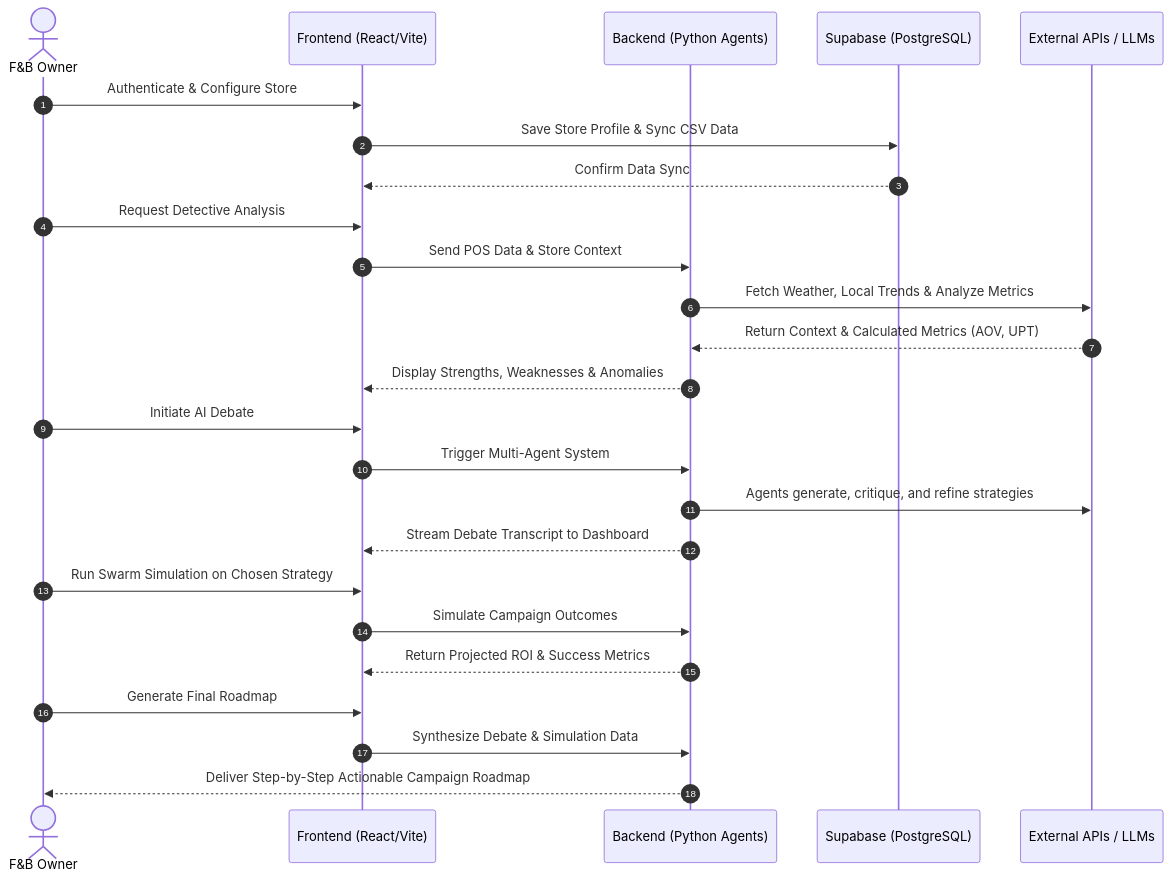
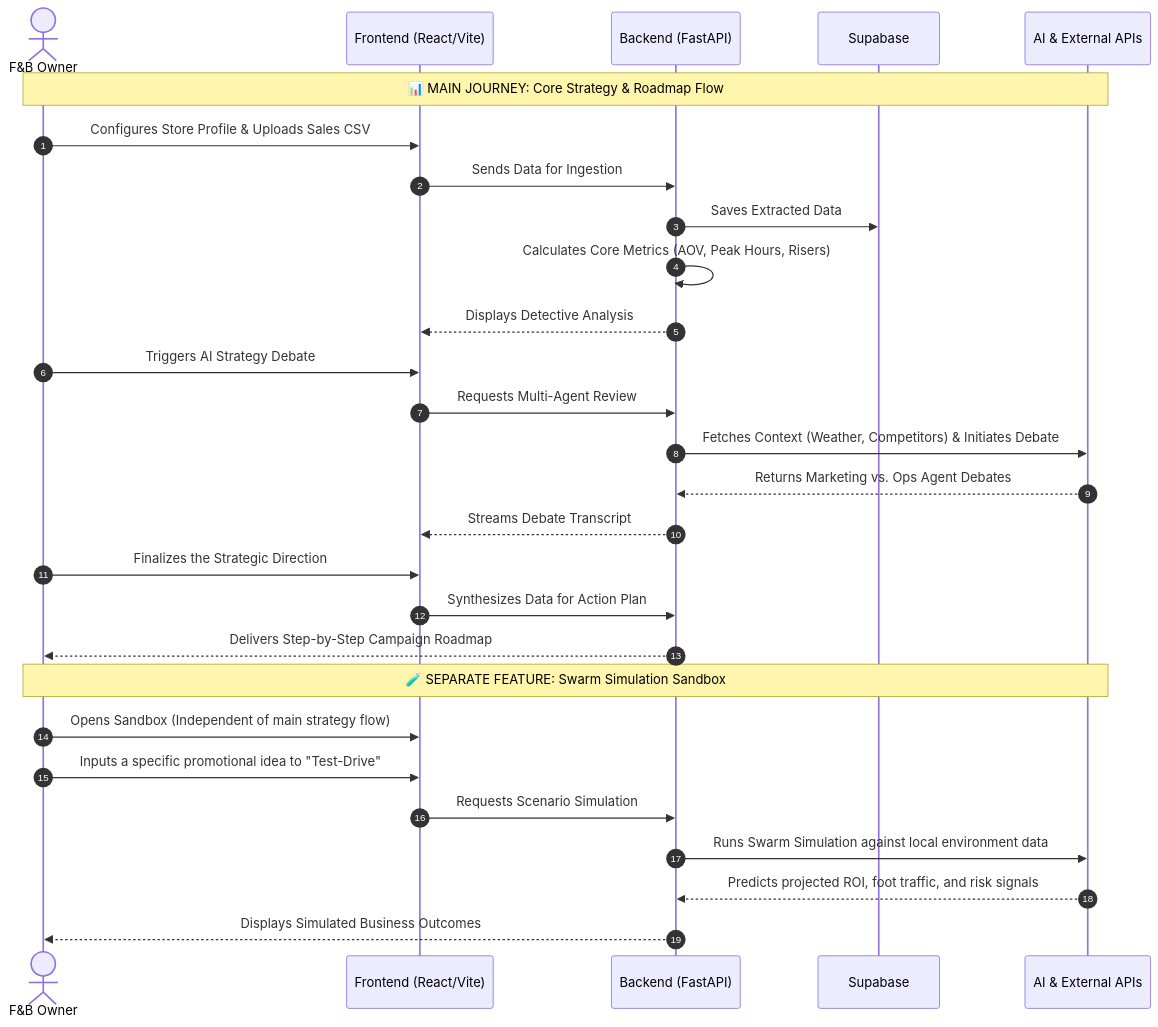
Before and after one commit to Gohpeijia/UM-Hackathon-2026: the first of 2 diagrams in README.md, drawn with Mermaid.

Commit message:
Update sequence diagram for main journey and features

````diff
--- a/README.md
+++ b/README.md
@@ -120,28 +120,32 @@
 ```mermaid
 sequenceDiagram
     autonumber
-    actor User as F&B Owner
-    participant F as Frontend (React/Vite)
-    participant B as Backend (Python Agents)
-    participant DB as Supabase (PostgreSQL)
-    participant APIs as External APIs / LLMs
+    actor Owner as F&B Owner
+    participant UI as Frontend (React/Vite)
+    participant API as Backend (FastAPI)
+    participant DB as Supabase
+    participant AI as AI & External APIs
 
-    User->>F: Authenticate & Configure Store
-    F->>DB: Save Store Profile & Sync CSV Data
-    DB-->>F: Confirm Data Sync
-    User->>F: Request Detective Analysis
-    F->>B: Send POS Data & Store Context
-    B->>APIs: Fetch Weather, Local Trends & Analyze Metrics
-    APIs-->>B: Return Context & Calculated Metrics (AOV, UPT)
-    B-->>F: Display Strengths, Weaknesses & Anomalies
-    User->>F: Initiate AI Debate
-    F->>B: Trigger Multi-Agent System
-    B->>APIs: Agents generate, critique, and refine strategies
-    B-->>F: Stream Debate Transcript to Dashboard
-    User->>F: Run Swarm Simulation on Chosen Strategy
-    F->>B: Simulate Campaign Outcomes
-    B-->>F: Return Projected ROI & Success Metrics
-    User->>F: Generate Final Roadmap
-    F->>B: Synthesize Debate & Simulation Data
-    B-->>User: Deliver Step-by-Step Actionable Campaign Roadmap
+    Note over Owner, AI: 📊 MAIN JOURNEY: Core Strategy & Roadmap Flow
+    Owner->>UI: Configures Store Profile & Uploads Sales CSV
+    UI->>API: Sends Data for Ingestion
+    API->>DB: Saves Extracted Data
+    API->>API: Calculates Core Metrics (AOV, Peak Hours, Risers)
+    API-->>UI: Displays Detective Analysis
+    Owner->>UI: Triggers AI Strategy Debate
+    UI->>API: Requests Multi-Agent Review
+    API->>AI: Fetches Context (Weather, Competitors) & Initiates Debate
+    AI-->>API: Returns Marketing vs. Ops Agent Debates
+    API-->>UI: Streams Debate Transcript
+    Owner->>UI: Finalizes the Strategic Direction
+    UI->>API: Synthesizes Data for Action Plan
+    API-->>Owner: Delivers Step-by-Step Campaign Roadmap
+
+    Note over Owner, AI: 🧪 SEPARATE FEATURE: Swarm Simulation Sandbox
+    Owner->>UI: Opens Sandbox (Independent of main strategy flow)
+    Owner->>UI: Inputs a specific promotional idea to "Test-Drive"
+    UI->>API: Requests Scenario Simulation
+    API->>AI: Runs Swarm Simulation against local environment data
+    AI-->>API: Predicts projected ROI, foot traffic, and risk signals
+    API-->>Owner: Displays Simulated Business Outcomes
 ```
````
